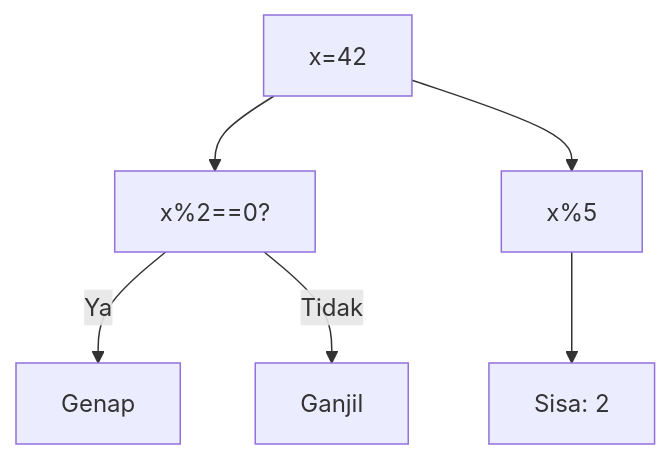
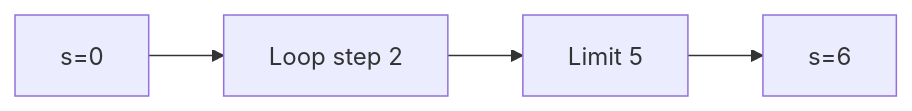
One commit to amnahwaida/OSNK_INF_PREP changed diagram 16 of 25 in part-c-pemahaman-cpp/03-perulangan/latihan/set-06.md. Above: the diagram before and after it, drawn with Mermaid. The commit also changed other lines of this file and 71 other files, not shown here.

````diff
--- a/part-c-pemahaman-cpp/03-perulangan/latihan/set-06.md
+++ b/part-c-pemahaman-cpp/03-perulangan/latihan/set-06.md
@@ -512,8 +426,6 @@
 ```mermaid
-graph TD
-A["x=42"] --> B["x%2==0?"]
-B -- Ya --> C["Genap"]
-B -- Tidak --> D["Ganjil"]
-A --> E["x%5"]
-E --> F["Sisa: 2"]
+graph LR
+A["s=0"] --> B["Loop step 2"]
+B --> C["Limit 5"]
+C --> D["s=6"]
 ```
````
